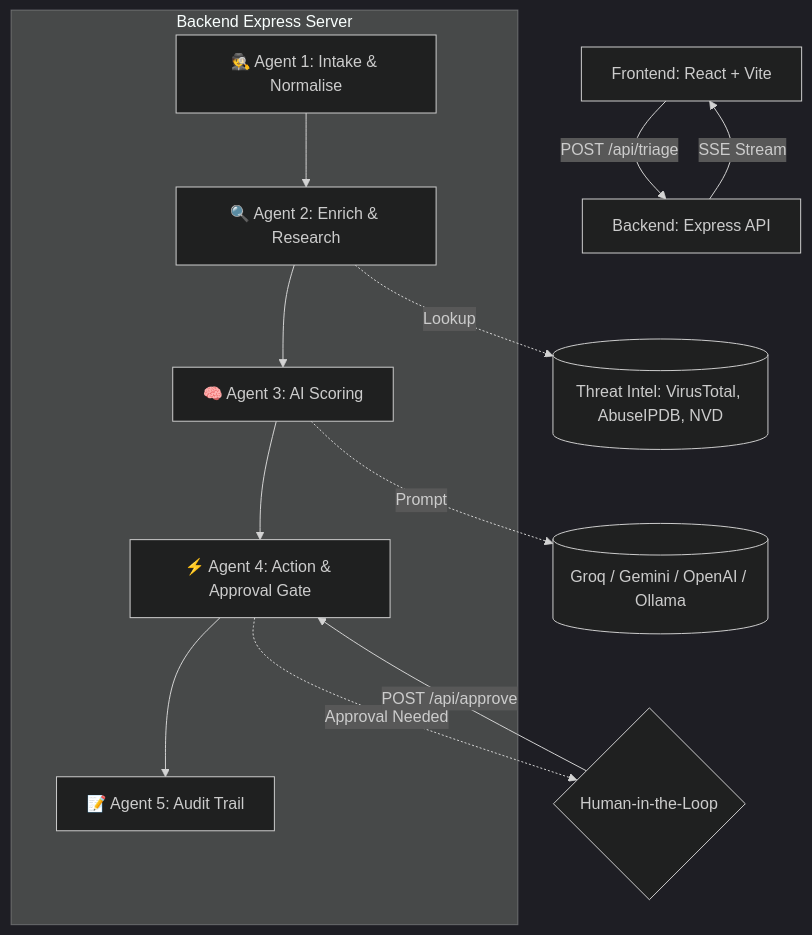
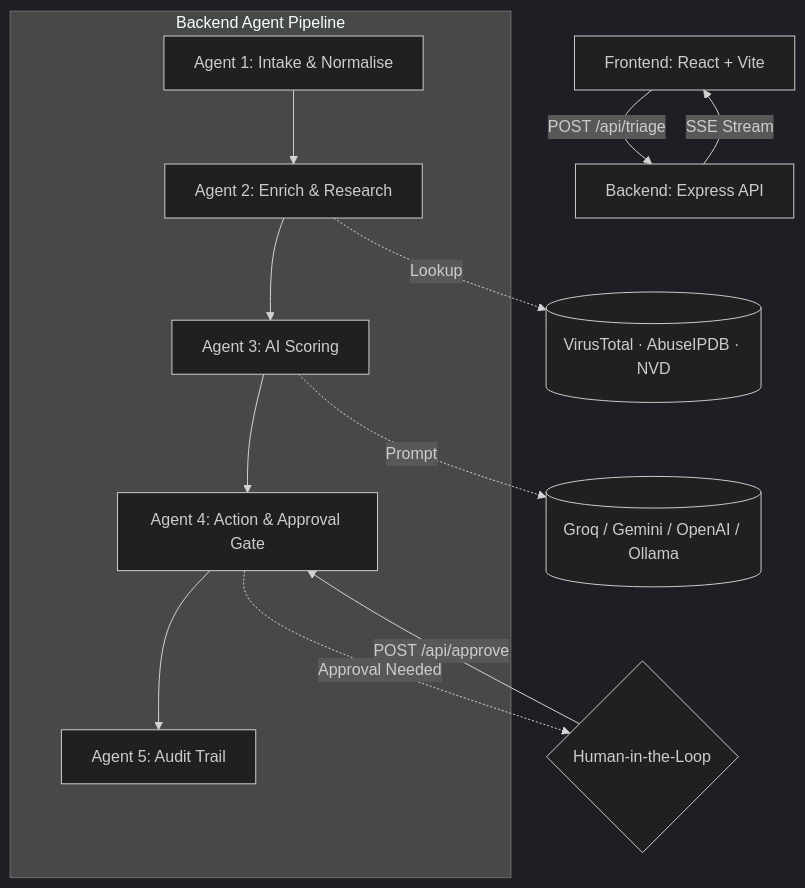
The diagram in README.md (Saif8671/soc-agent), drawn with Mermaid (dark theme) before and after one commit. The commit also changed other lines of this file, not shown here.

````diff
--- a/README.md
+++ b/README.md
@@ -31,18 +42,17 @@
 ```mermaid
 graph TD
     UI[Frontend: React + Vite] -->|POST /api/triage| API[Backend: Express API]
     API -->|SSE Stream| UI
-    
-    subgraph Agent Pipeline [Backend Express Server]
-        A1[🕵️ Agent 1: Intake & Normalise] --> A2[🔍 Agent 2: Enrich & Research]
-        A2 --> A3[🧠 Agent 3: AI Scoring]
-        A3 --> A4[⚡ Agent 4: Action & Approval Gate]
-        A4 --> A5[📝 Agent 5: Audit Trail]
+
+    subgraph Pipeline [Backend Agent Pipeline]
+        A1[Agent 1: Intake & Normalise] --> A2[Agent 2: Enrich & Research]
+        A2 --> A3[Agent 3: AI Scoring]
+        A3 --> A4[Agent 4: Action & Approval Gate]
+        A4 --> A5[Agent 5: Audit Trail]
     end
 
-    A2 -.->|Lookup| TI[(Threat Intel: VirusTotal, AbuseIPDB, NVD)]
+    A2 -.->|Lookup| TI[(VirusTotal · AbuseIPDB · NVD)]
     A3 -.->|Prompt| LLMs[(Groq / Gemini / OpenAI / Ollama)]
-    
     A4 -.->|Approval Needed| HIL{Human-in-the-Loop}
     HIL -->|POST /api/approve| A4
 ```
````
